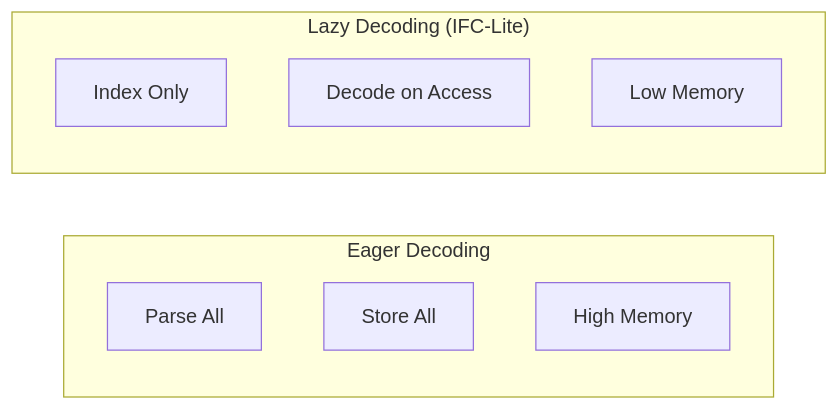
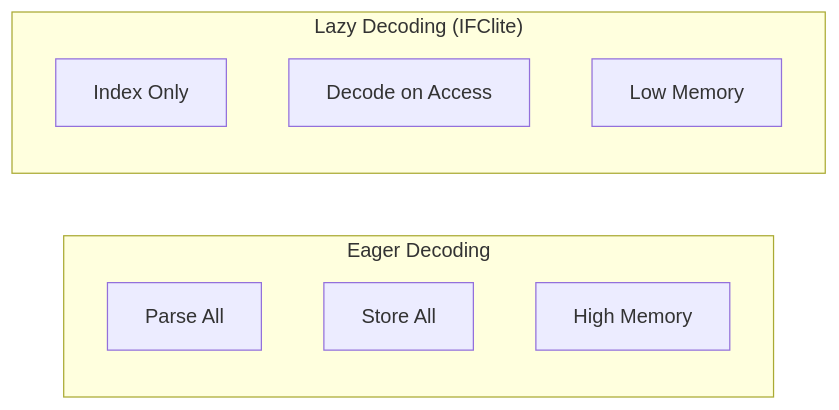
One commit to louistrue/ifc-lite changed the seventh of 13 diagrams in docs/architecture/parsing-pipeline.md. Above: the diagram before and after it, drawn with Mermaid. The commit also changed other lines of this file and 47 other files, not shown here.

````diff
--- a/docs/architecture/parsing-pipeline.md
+++ b/docs/architecture/parsing-pipeline.md
@@ -245,14 +245,14 @@
 ```mermaid
 flowchart LR
     subgraph Eager["Eager Decoding"]
         E1["Parse All"]
         E2["Store All"]
         E3["High Memory"]
     end
 
-    subgraph Lazy["Lazy Decoding (IFC-Lite)"]
+    subgraph Lazy["Lazy Decoding (IFClite)"]
         L1["Index Only"]
         L2["Decode on Access"]
         L3["Low Memory"]
     end
 ```
````
